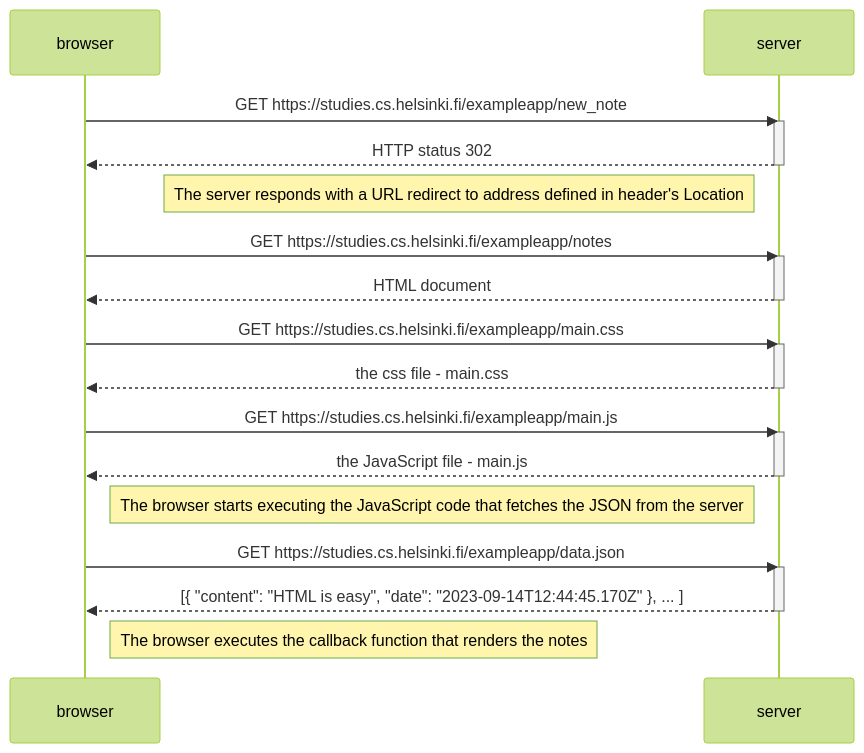
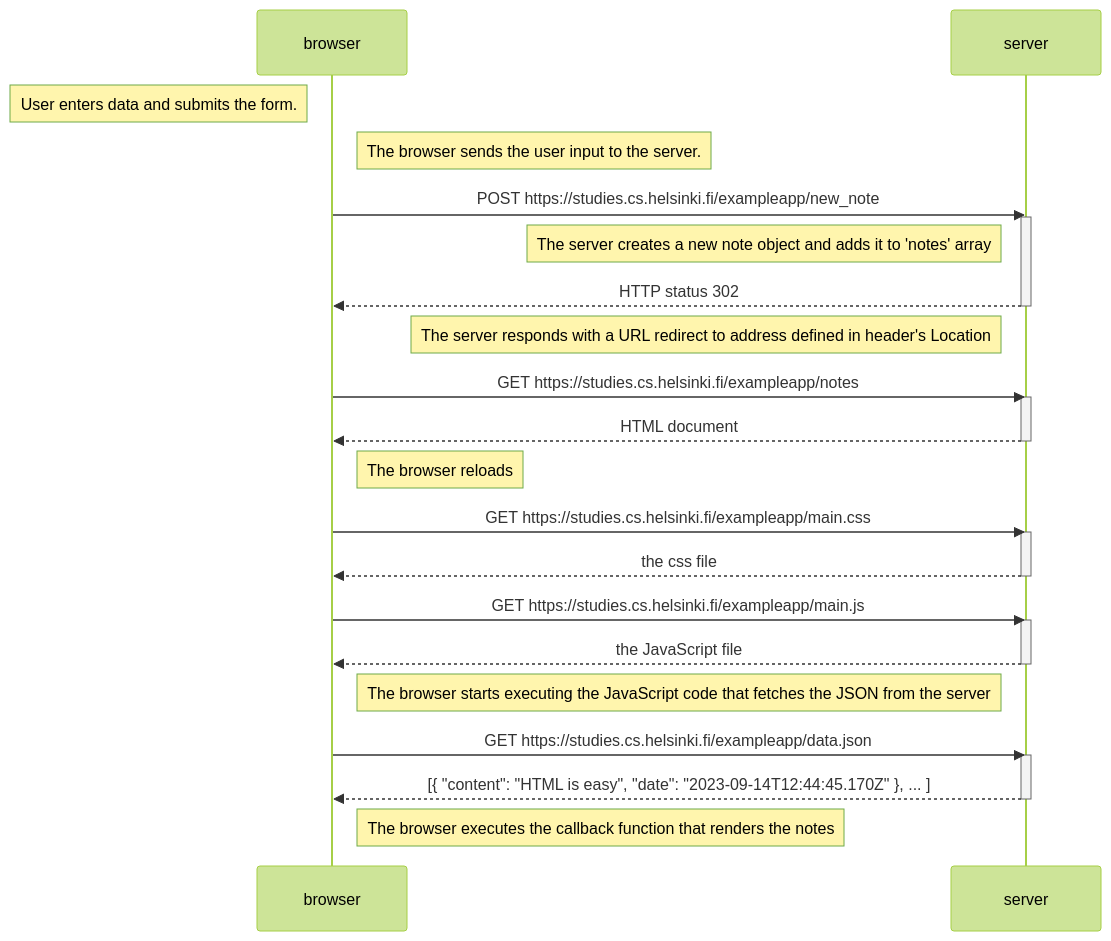
Before and after one commit to palacejackson/fullstackopen: the diagram in part-0/0.4-new-note.md, drawn with Mermaid (forest theme).

Commit message:
added extra notes

````diff
--- a/part-0/0.4-new-note.md
+++ b/part-0/0.4-new-note.md
@@ -1,34 +1,38 @@
 ```mermaid
 sequenceDiagram
     participant browser
     participant server
 
-    browser->>server: GET https://studies.cs.helsinki.fi/exampleapp/new_note
+    Note left of browser:User enters data and submits the form.
+    Note right of browser: The browser sends the user input to the server.
+    browser->>server: POST https://studies.cs.helsinki.fi/exampleapp/new_note
     activate server
+    Note left of server: The server creates a new note object and adds it to 'notes' array
     server-->>browser: HTTP status 302
     deactivate server
     Note left of server: The server responds with a URL redirect to address defined in header's Location
     browser->>server: GET https://studies.cs.helsinki.fi/exampleapp/notes
     activate server
     server-->>browser: HTML document
     deactivate server
+    Note right of browser: The browser reloads
 
     browser->>server: GET https://studies.cs.helsinki.fi/exampleapp/main.css
     activate server
-    server-->>browser: the css file - main.css
+    server-->>browser: the css file
     deactivate server
 
     browser->>server: GET https://studies.cs.helsinki.fi/exampleapp/main.js
     activate server
-    server-->>browser: the JavaScript file - main.js
+    server-->>browser: the JavaScript file
     deactivate server
 
     Note right of browser: The browser starts executing the JavaScript code that fetches the JSON from the server
 
     browser->>server: GET https://studies.cs.helsinki.fi/exampleapp/data.json
     activate server
     server-->>browser: [{ "content": "HTML is easy", "date": "2023-09-14T12:44:45.170Z" }, ... ]
     deactivate server
 
     Note right of browser: The browser executes the callback function that renders the notes
 ```
````
